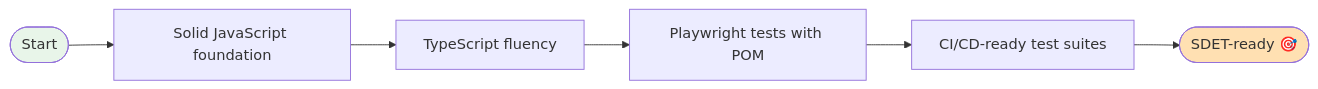
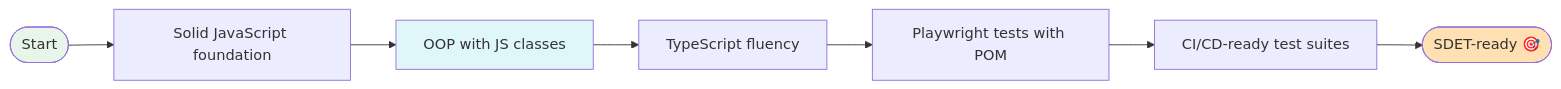
Diagram 38 of 39 in README.md (azherkhan0215-qa/LearnPlayWrightBatch2X), drawn with Mermaid before and after one commit. The commit also changed other lines of this file and 30 other files, not shown here.

First line of the commit message:
Add Chapters 21-25: OOP - classes, encapsulation, inheritance, polymorphism, interview prep

````diff
--- a/README.md
+++ b/README.md
@@ -2010,11 +2252,13 @@
 ```mermaid
 graph LR
     Start([Start]) --> JS[Solid JavaScript foundation]
-    JS --> TS[TypeScript fluency]
+    JS --> OOP[OOP with JS classes]
+    OOP --> TS[TypeScript fluency]
     TS --> PW[Playwright tests with POM]
     PW --> CI[CI/CD-ready test suites]
     CI --> Job([SDET-ready 🎯])
 
     style Start fill:#e8f5e9
+    style OOP fill:#e0f7fa
     style Job fill:#ffe0b2
 ```
````
